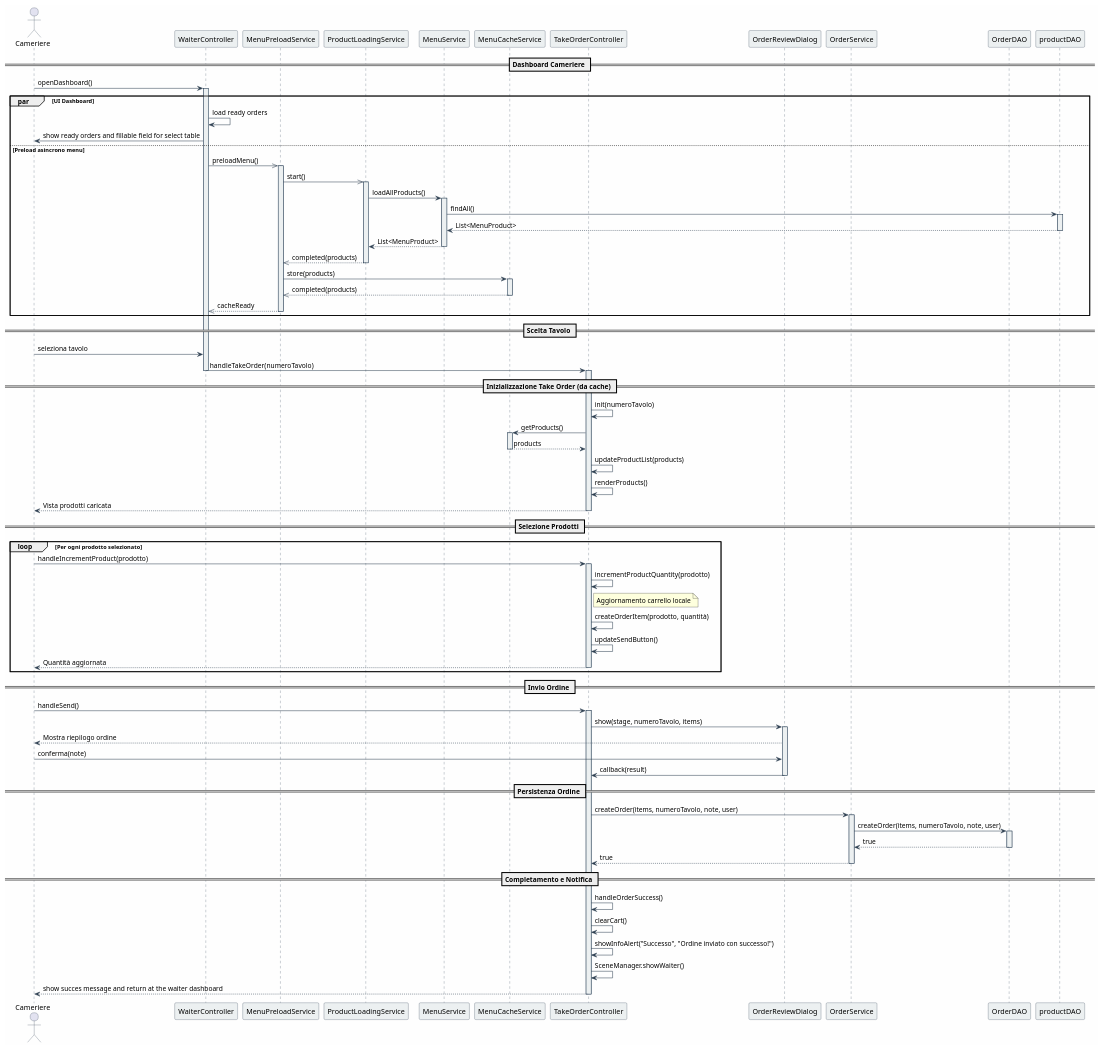
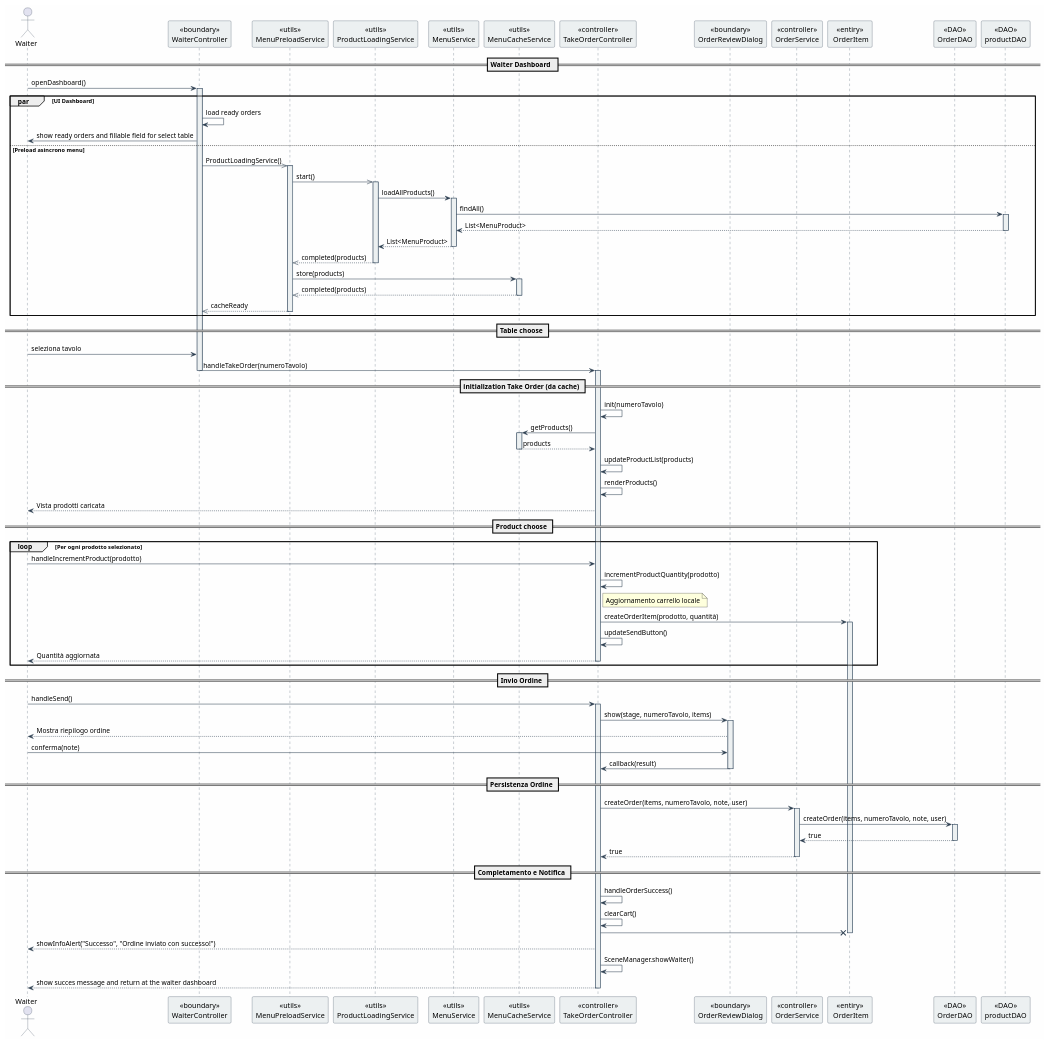
Before and after one commit to BrugnoliDavide/Restaurant-Managaer: the diagram in diagrammi/plantUML/order_creation_sequence_diagram.puml, drawn with PlantUML. The commit also changed 44 other files, not shown here.

```diff
--- a/diagrammi/plantUML/order_creation_sequence_diagram.puml
+++ b/diagrammi/plantUML/order_creation_sequence_diagram.puml
@@ -1,159 +1,166 @@
 @startuml Creazione Ordine - Restaurant Manager
 
 skinparam backgroundColor #FEFEFE
 skinparam sequence {
     ArrowColor #2C3E50
     ActorBorderColor #2C3E50
     LifeLineBorderColor #34495E
     LifeLineBackgroundColor #ECF0F1
 
     ParticipantBorderColor #2C3E50
     ParticipantBackgroundColor #ECF0F1
 
     BoxBorderColor #34495E
 }
 
-actor Cameriere as waiter
-participant "WaiterController" as waiterCtrl
-participant "MenuPreloadService" as preloadService
-participant "ProductLoadingService" as productService
-participant "MenuService" as menuService
-participant "MenuCacheService" as cache
+actor Waiter as waiter
+participant "<<boundary>>\nWaiterController" as waiterCtrl
+participant "<<utils>>\nMenuPreloadService" as preloadService
+participant "<<utils>>\nProductLoadingService" as productService
+participant "<<utils>>\nMenuService" as menuService
+participant "<<utils>>\nMenuCacheService" as cache
 
-participant "TakeOrderController" as controller
-participant "OrderReviewDialog" as dialog
-participant "OrderService" as orderService
-participant "OrderDAO" as orderDAO
-participant "productDAO" as PDAO
+participant "<<controller>>\nTakeOrderController" as controller
+participant "<<boundary>>\nOrderReviewDialog" as dialog
+participant "<<controller>>\nOrderService" as orderService
+participant "<<entiry>>\n OrderItem" as Oitem
+participant "<<DAO>>\nOrderDAO" as orderDAO
+participant "<<DAO>>\nproductDAO" as PDAO
 
 
 
-== Dashboard Cameriere ==
+== Waiter Dashboard  ==
 
 waiter -> waiterCtrl: openDashboard()
 activate waiterCtrl
 
 par UI Dashboard
     waiterCtrl -> waiterCtrl: load ready orders
 
     waiterCtrl -> waiter: show ready orders and fillable field for select table
 
 else Preload asincrono menu
-    waiterCtrl ->> preloadService: preloadMenu()
+    waiterCtrl ->> preloadService: ProductLoadingService()
     activate preloadService
 
     preloadService ->> productService: start()
     activate productService
 
     productService -> menuService: loadAllProducts()
     activate menuService
 
 
 
 
     menuService -> PDAO: findAll()
     activate PDAO
     PDAO --> menuService: List<MenuProduct>
     deactivate PDAO
 
 
     menuService --> productService: List<MenuProduct>
     deactivate menuService
 
     productService -->> preloadService: completed(products)
     deactivate productService
 
     preloadService -> cache: store(products)
 
     activate cache
     cache -->> preloadService: completed(products)
     deactivate cache
 
 
 
     preloadService -->> waiterCtrl: cacheReady
     deactivate preloadService
 end
 
-== Scelta Tavolo ==
+== Table choose ==
 
 waiter -> waiterCtrl: seleziona tavolo
 waiterCtrl -> controller: handleTakeOrder(numeroTavolo)
 deactivate waiterCtrl
 activate controller
 
-== Inizializzazione Take Order (da cache) ==
+== initialization Take Order (da cache) ==
 
 controller -> controller: init(numeroTavolo)
 controller -> cache: getProducts()
 activate cache
 cache --> controller: products
 deactivate cache
 
 controller -> controller: updateProductList(products)
 controller -> controller: renderProducts()
 
 controller --> waiter: Vista prodotti caricata
-deactivate controller
 
-== Selezione Prodotti ==
+
+== Product choose ==
 
 loop Per ogni prodotto selezionato
     waiter -> controller: handleIncrementProduct(prodotto)
-    activate controller
+
 
     controller -> controller: incrementProductQuantity(prodotto)
     note right of controller: Aggiornamento carrello locale
 
-    controller -> controller: createOrderItem(prodotto, quantità)
+    controller -> Oitem: createOrderItem(prodotto, quantità)
+    activate Oitem
     controller -> controller: updateSendButton()
 
     controller --> waiter: Quantità aggiornata
     deactivate controller
 end
 
 == Invio Ordine ==
 
 waiter -> controller: handleSend()
 activate controller
 
 
     controller -> dialog: show(stage, numeroTavolo, items)
     activate dialog
 
     dialog --> waiter: Mostra riepilogo ordine
     waiter -> dialog: conferma(note)
 
     dialog -> controller: callback(result)
     deactivate dialog
 
 
 
 == Persistenza Ordine ==
 
 controller -> orderService: createOrder(items, numeroTavolo, note, user)
 activate orderService
 
 orderService -> orderDAO: createOrder(items, numeroTavolo, note, user)
 
 activate orderDAO
 
 
 orderDAO --> orderService: true
 deactivate orderDAO
 
 orderService --> controller: true
 deactivate orderService
 
 == Completamento e Notifica ==
 
 controller -> controller: handleOrderSuccess()
 controller -> controller: clearCart()
-controller -> controller: showInfoAlert("Successo", "Ordine inviato con successo!")
+controller ->x Oitem
+deactivate Oitem
+
+
+controller --> waiter : showInfoAlert("Successo", "Ordine inviato con successo!")
+
 
 controller -> controller: SceneManager.showWaiter()
 
 controller --> waiter: show succes message and return at the waiter dashboard
 deactivate controller
 
 @enduml
```
